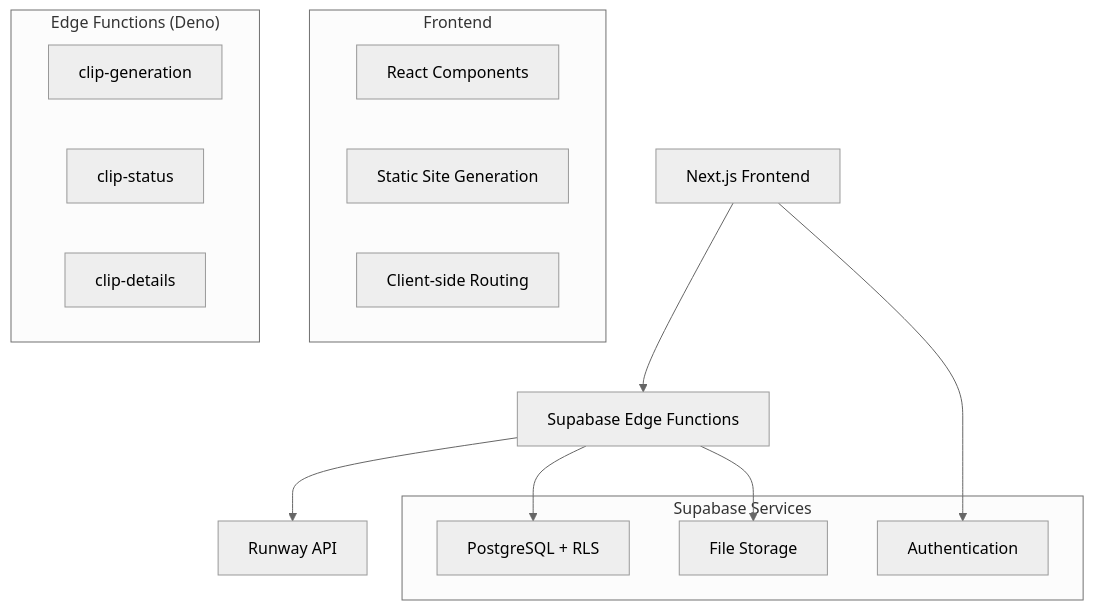
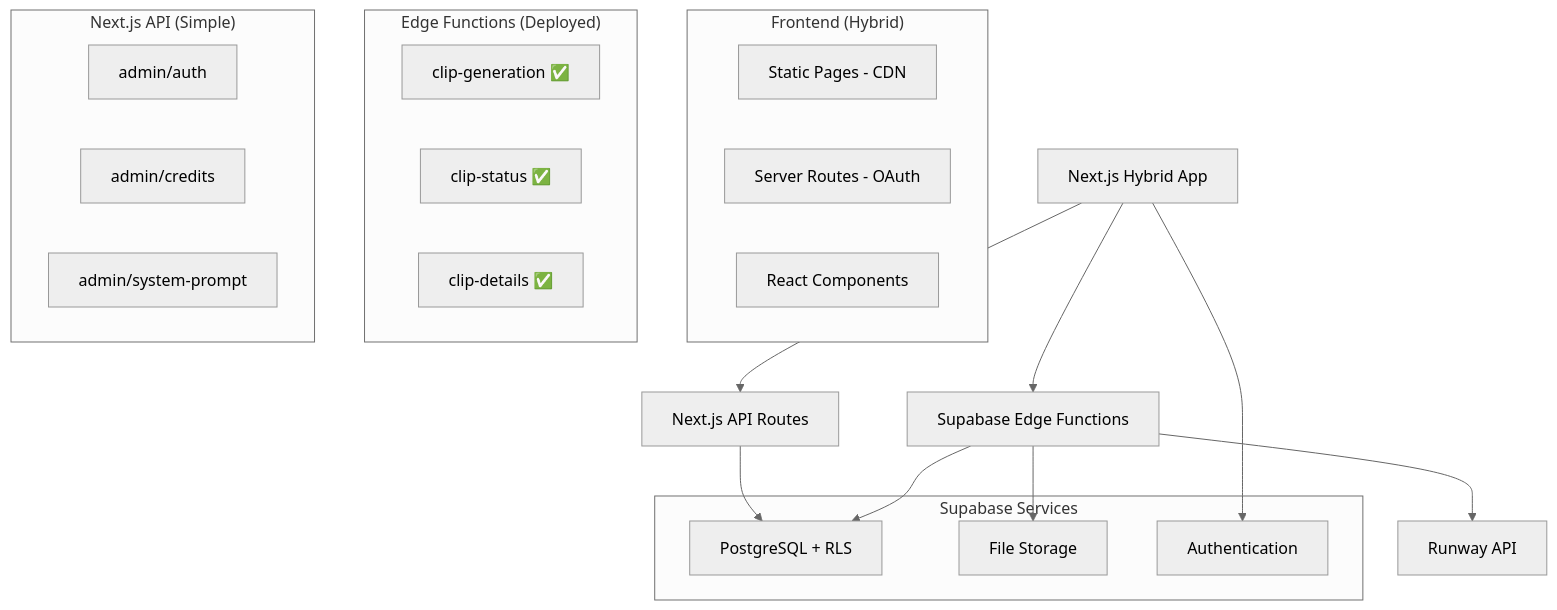
One commit to SagieGrun/echoes-video-creator changed the diagram in memory-bank/systemPatterns.md. Above: the diagram before and after it, drawn with Mermaid (neutral theme). The commit also changed other lines of this file and 32 other files, not shown here.

````diff
--- a/memory-bank/systemPatterns.md
+++ b/memory-bank/systemPatterns.md
@@ -5,26 +5,34 @@
 ```mermaid
 flowchart TD
-    A[Next.js Frontend] --> B[Supabase Edge Functions]
+    A[Next.js Hybrid App] --> B[Supabase Edge Functions]
     B --> C[Runway API]
     B --> D[Supabase Database]
     B --> E[Supabase Storage]
     A --> F[Supabase Auth]
+    A --> G[Next.js API Routes]
+    G --> D
     
-    subgraph Frontend
-        A1[React Components]
-        A2[Static Site Generation]
-        A3[Client-side Routing]
+    subgraph "Frontend (Hybrid)"
+        A1[Static Pages - CDN]
+        A2[Server Routes - OAuth]
+        A3[React Components]
     end
     
-    subgraph "Edge Functions (Deno)"
-        B1[clip-generation]
-        B2[clip-status]
-        B3[clip-details]
+    subgraph "Edge Functions (Deployed)"
+        B1[clip-generation ✅]
+        B2[clip-status ✅]
+        B3[clip-details ✅]
+    end
+    
+    subgraph "Next.js API (Simple)"
+        G1[admin/auth]
+        G2[admin/credits]
+        G3[admin/system-prompt]
     end
     
     subgraph "Supabase Services"
         D[PostgreSQL + RLS]
         E[File Storage]
         F[Authentication]
     end
 ```
````
